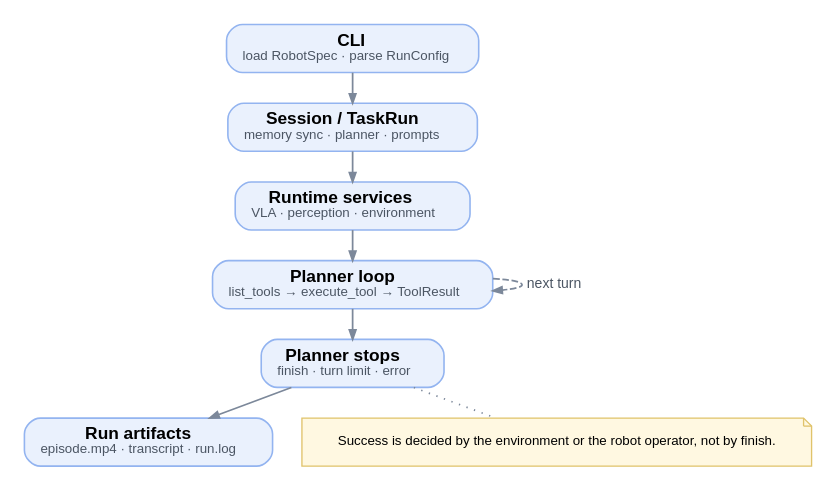
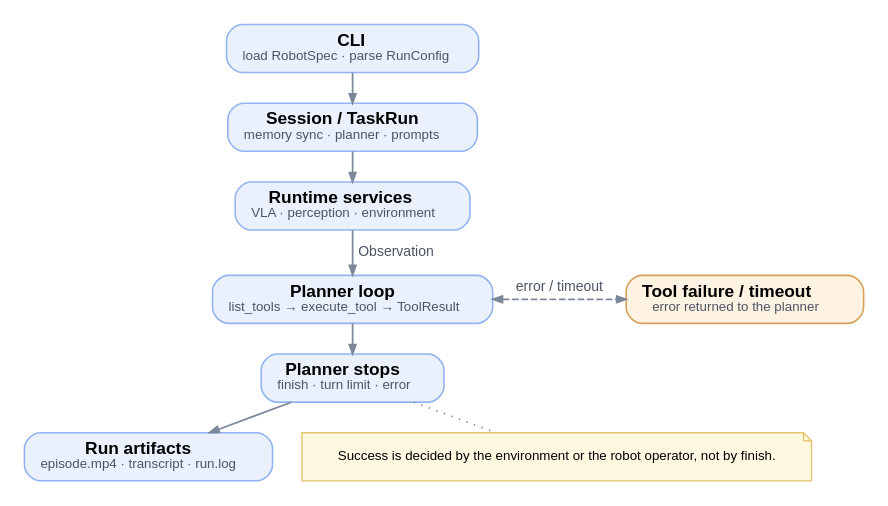
The diagram in docs/_diagrams/execution-flow-en.dot (qurakchin/RPent), drawn with Graphviz before and after one commit. The commit also changed 48 other files, not shown here.

First line of the commit message:
docs: redraw diagrams and align section names across pages

```diff
--- a/docs/_diagrams/execution-flow-en.dot
+++ b/docs/_diagrams/execution-flow-en.dot
@@ -1,26 +1,29 @@
 digraph flow {
   graph [rankdir=TB, splines=spline, nodesep=0.30, ranksep=0.30, pad=0.15,
          fontname="Helvetica", bgcolor="white"];
   node [shape=box, style="rounded,filled", fontname="Helvetica", fontsize=12,
         margin="0.16,0.09", penwidth=1.2, fillcolor="#eaf1fd",
         color="#93b4f0"];
   edge [color="#7c889a", penwidth=1.3, arrowsize=0.7, fontname="Helvetica",
         fontsize=10.5, fontcolor="#4b5563"];
 
   f_cli [label=<<FONT POINT-SIZE="13"><B>CLI</B></FONT><BR/><FONT POINT-SIZE="10" COLOR="#4b5563">load RobotSpec · parse RunConfig</FONT>>, fillcolor="#eaf1fd", color="#93b4f0"];
   f_session [label=<<FONT POINT-SIZE="13"><B>Session / TaskRun</B></FONT><BR/><FONT POINT-SIZE="10" COLOR="#4b5563">memory sync · planner · prompts</FONT>>, fillcolor="#eaf1fd", color="#93b4f0"];
   f_services [label=<<FONT POINT-SIZE="13"><B>Runtime services</B></FONT><BR/><FONT POINT-SIZE="10" COLOR="#4b5563">VLA · perception · environment</FONT>>, fillcolor="#eaf1fd", color="#93b4f0"];
   f_loop [label=<<FONT POINT-SIZE="13"><B>Planner loop</B></FONT><BR/><FONT POINT-SIZE="10" COLOR="#4b5563">list_tools → execute_tool → ToolResult</FONT>>, fillcolor="#eaf1fd", color="#93b4f0"];
   f_end [label=<<FONT POINT-SIZE="13"><B>Planner stops</B></FONT><BR/><FONT POINT-SIZE="10" COLOR="#4b5563">finish · turn limit · error</FONT>>, fillcolor="#eaf1fd", color="#93b4f0"];
   f_result [label=<<FONT POINT-SIZE="13"><B>Run artifacts</B></FONT><BR/><FONT POINT-SIZE="10" COLOR="#4b5563">episode.mp4 · transcript · run.log</FONT>>, fillcolor="#eaf1fd", color="#93b4f0"];
   f_cli -> f_session;
   f_session -> f_services;
-  f_services -> f_loop;
+  f_services -> f_loop [label="Observation"];
   f_loop -> f_end;
   f_end -> f_result;
-  f_loop -> f_loop [label="next turn", style=dashed, constraint=false];
+  {rank=same; f_loop; f_fail;}
+  f_loop -> f_fail [dir=both, label="error / timeout", style=dashed,
+                    constraint=false];
   f_note [label="Success is decided by the environment or the robot operator, not by finish.", shape=note, style="filled",
           fillcolor="#fff8e1", color="#e0c36b", fontsize=10, margin="0.12,0.08",
           penwidth=1.0];
   f_end -> f_note [style=dotted, arrowhead=none];
+  f_fail [label=<<FONT POINT-SIZE="13"><B>Tool failure / timeout</B></FONT><BR/><FONT POINT-SIZE="10" COLOR="#4b5563">error returned to the planner</FONT>>, fillcolor="#fef3e2", color="#d9a05b"];
 }
```
